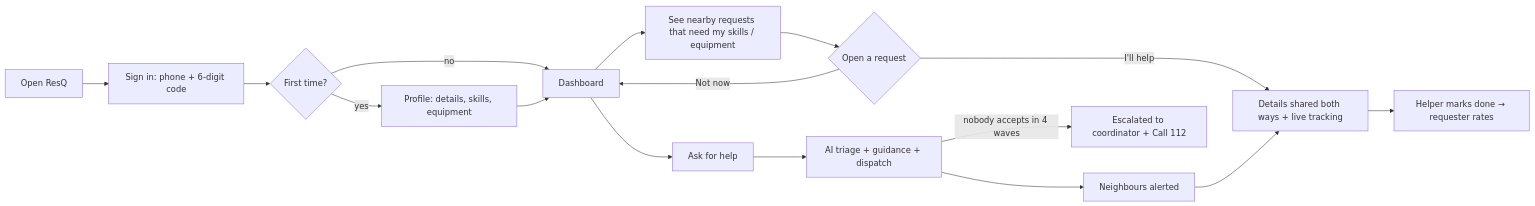
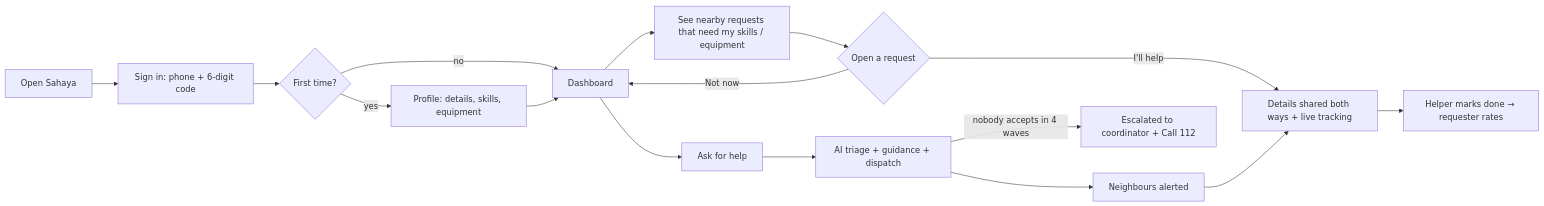
One commit to michaelharold/resq changed the first of 3 diagrams in docs/WORKFLOW.md. Above: the diagram before and after it, drawn with Mermaid. The commit also changed other lines of this file and 44 other files, not shown here.

````diff
--- a/docs/WORKFLOW.md
+++ b/docs/WORKFLOW.md
@@ -10,18 +10,18 @@
 ```mermaid
 flowchart LR
-  A[Open ResQ] --> B[Sign in: phone + 6-digit code]
+  A[Open Sahaya] --> B[Sign in: phone + 6-digit code]
   B --> C{First time?}
   C -- yes --> D[Profile: details, skills, equipment]
   C -- no --> E[Dashboard]
   D --> E
   E --> F[Ask for help]
   E --> G[See nearby requests that need my skills / equipment]
   F --> H[AI triage + guidance + dispatch]
   H --> I[Neighbours alerted]
   G --> J{Open a request}
   J -- I'll help --> K[Details shared both ways + live tracking]
   J -- Not now --> E
   I --> K
   K --> L[Helper marks done → requester rates]
   H -- nobody accepts in 4 waves --> M[Escalated to coordinator + Call 112]
 ```
````
